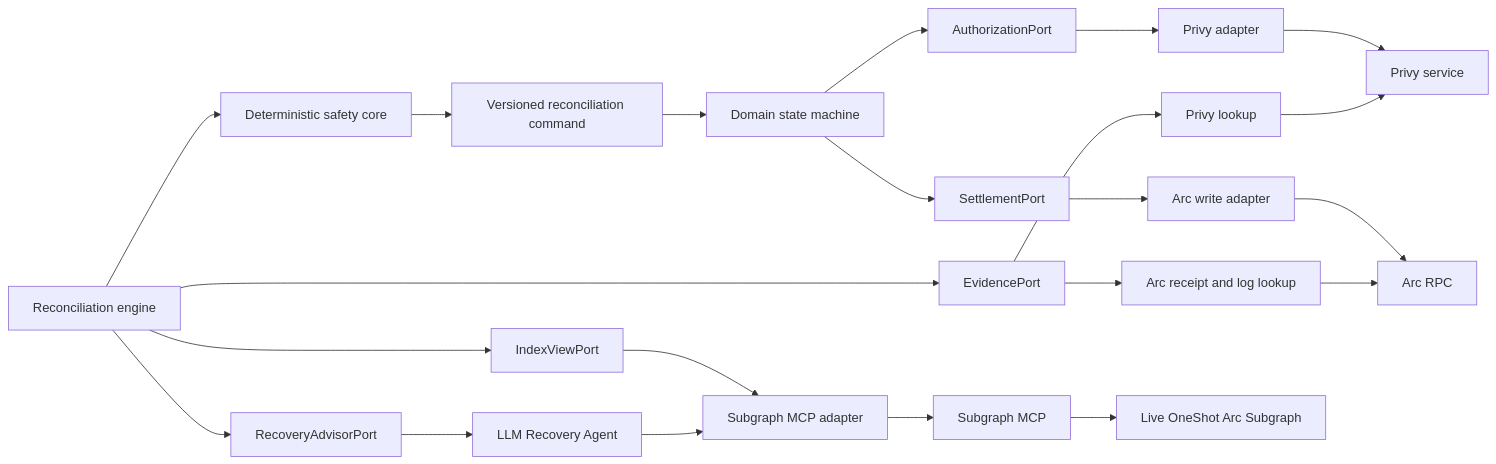
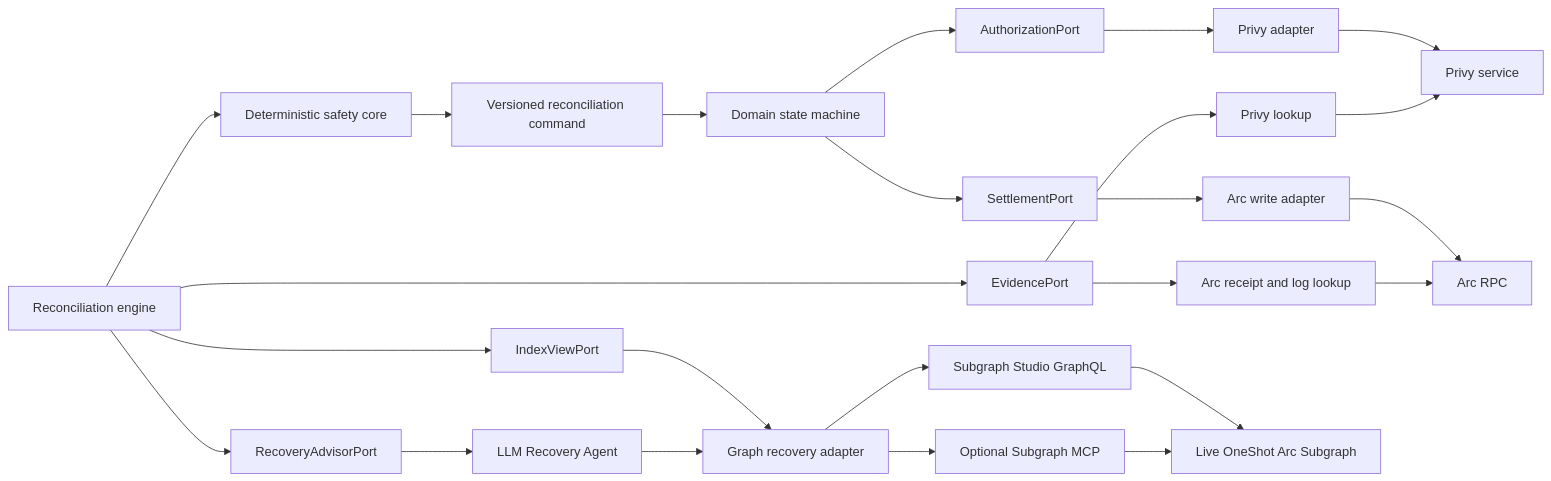
One commit to SWOFART/OneShot changed the sixth of 7 diagrams in docs/DOMAIN_ARCHITECTURE.md. Above: the diagram before and after it, drawn with Mermaid. The commit also changed other lines of this file and 59 other files, not shown here.

Commit message:
feat: implement Graph Studio agent recovery

````diff
--- a/docs/DOMAIN_ARCHITECTURE.md
+++ b/docs/DOMAIN_ARCHITECTURE.md
@@ -214,30 +217,32 @@
 ```mermaid
 flowchart LR
     Domain[Domain state machine]
     Reconciliation[Reconciliation engine]
     Command[Versioned reconciliation command]
 
     Domain --> Auth[AuthorizationPort]
     Domain --> Settle[SettlementPort]
     Reconciliation --> Evidence[EvidencePort]
     Reconciliation --> Index[IndexViewPort]
     Reconciliation --> Advisor[RecoveryAdvisorPort]
     Reconciliation --> SafetyCore[Deterministic safety core]
     SafetyCore --> Command
     Command --> Domain
 
     Auth --> Privy[Privy adapter]
     Settle --> ArcWrite[Arc write adapter]
     Evidence --> PrivyRead[Privy lookup]
     Evidence --> ArcRead[Arc receipt and log lookup]
-    Index --> MCPAdapter[Subgraph MCP adapter]
+    Index --> GraphAdapter[Graph recovery adapter]
     Advisor --> RecoveryAgent[LLM Recovery Agent]
 
     Privy --> External1[Privy service]
     ArcWrite --> External2[Arc RPC]
     PrivyRead --> External1
     ArcRead --> External2
-    RecoveryAgent --> MCPAdapter
-    MCPAdapter --> MCP[Subgraph MCP]
-    MCP --> External3[Live OneShot Arc Subgraph]
+    RecoveryAgent --> GraphAdapter
+    GraphAdapter --> Studio[Subgraph Studio GraphQL]
+    GraphAdapter --> MCP[Optional Subgraph MCP]
+    Studio --> External3[Live OneShot Arc Subgraph]
+    MCP --> External3
 ```
````
